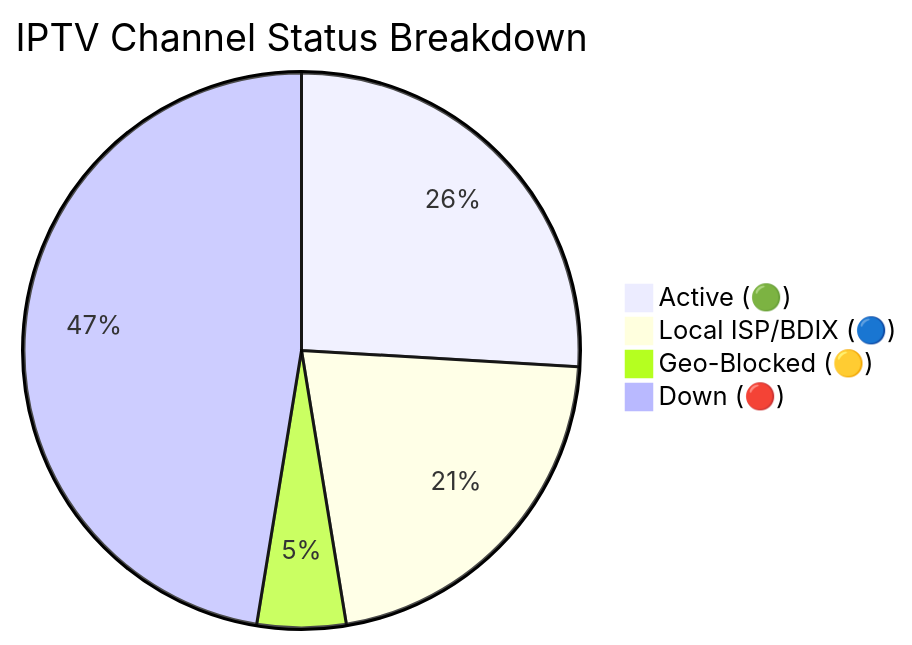
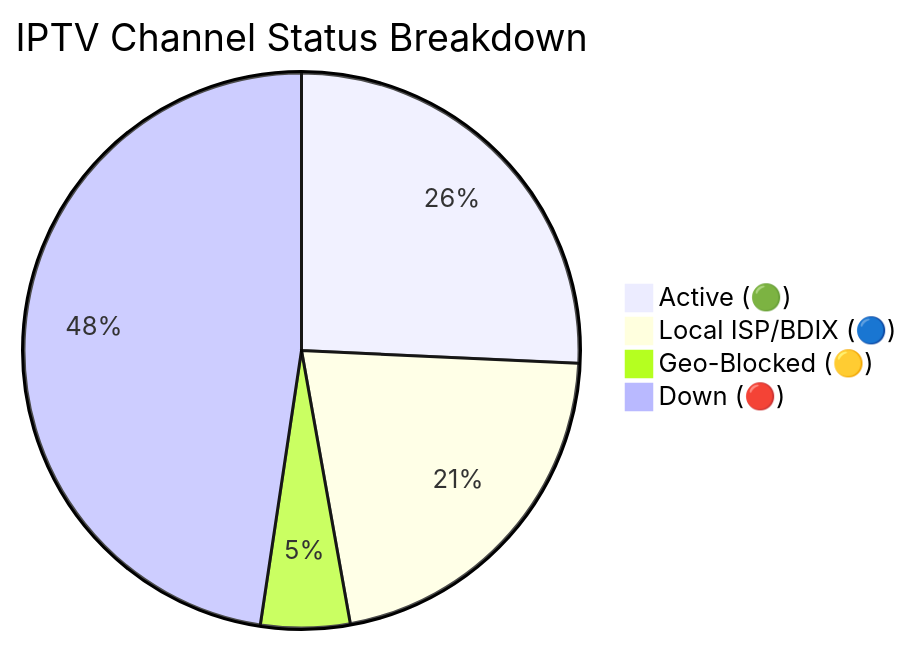
One commit to Zaman-Topu/Ip-tv-Collection changed the diagram in README.md. Above: the diagram before and after it, drawn with Mermaid. The commit also changed other lines of this file and 6 other files, not shown here.

````diff
--- a/README.md
+++ b/README.md
@@ -118,7 +118,7 @@
 ```mermaid
 pie title IPTV Channel Status Breakdown
-    "Active (🟢)" : 10821
-    "Local ISP/BDIX (🔵)" : 8962
-    "Geo-Blocked (🟡)" : 2156
-    "Down (🔴)" : 19784
+    "Active (🟢)" : 10758
+    "Local ISP/BDIX (🔵)" : 8964
+    "Geo-Blocked (🟡)" : 2169
+    "Down (🔴)" : 19907
 ```
````
